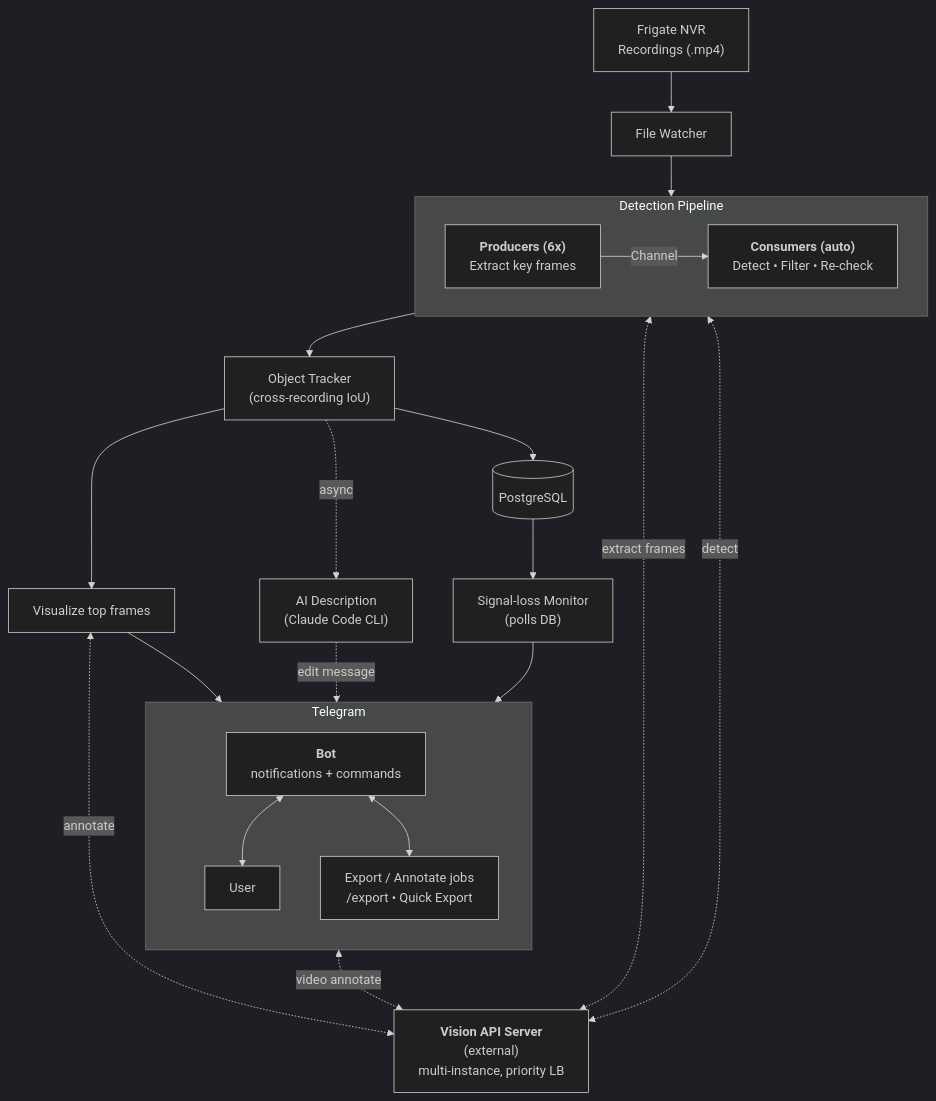
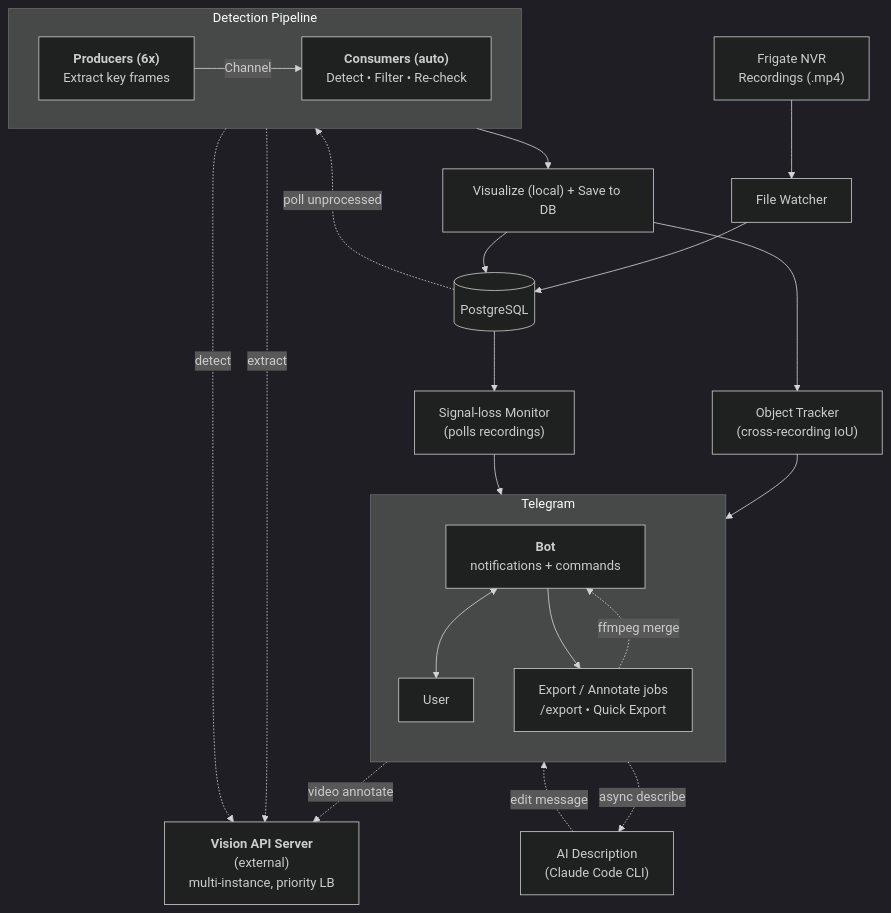
The diagram in docs/superpowers/specs/2026-05-26-howitworks-diagram-refresh-design.md (zinin/frigate-analyzer), drawn with Mermaid (dark theme) before and after one commit. The commit also changed other lines of this file and 3 other files, not shown here.

Commit message:
docs: review iter 1 — decisions + log (howitworks-diagram-refresh)

````diff
--- a/docs/superpowers/specs/2026-05-26-howitworks-diagram-refresh-design.md
+++ b/docs/superpowers/specs/2026-05-26-howitworks-diagram-refresh-design.md
@@ -67,37 +68,40 @@
 ```mermaid
 graph TD
     A["Frigate NVR<br/>Recordings (.mp4)"] --> B["File Watcher"]
-    B --> P
+    B --> DB
+
+    V["<b>Vision API Server</b><br/>(external)<br/>multi-instance, priority LB"]
+
+    DB -. "poll unprocessed" .-> P
 
     subgraph PIPE ["Detection Pipeline"]
         direction LR
         P["<b>Producers (6x)</b><br/>Extract key frames"] -- "Channel" --> Q["<b>Consumers (auto)</b><br/>Detect • Filter • Re-check"]
     end
 
-    P <-. "extract frames" .-> V
-    Q <-. "detect" .-> V
-    V["<b>Vision API Server</b><br/>(external)<br/>multi-instance, priority LB"]
+    P -. "extract" .-> V
+    Q -. "detect" .-> V
 
-    Q --> OT["Object Tracker<br/>(cross-recording IoU)"]
-    OT --> DB[("PostgreSQL")]
-    OT --> VIS["Visualize top frames"]
-    VIS <-. "annotate" .-> V
-    VIS --> BOT
+    Q --> FAC["Visualize (local) + Save to DB"]
+    FAC --> DB[("PostgreSQL")]
+    FAC --> OT["Object Tracker<br/>(cross-recording IoU)"]
+    OT --> BOT
 
-    OT -. "async" .-> AI["AI Description<br/>(Claude Code CLI)"]
+    DB --> SL["Signal-loss Monitor<br/>(polls recordings)"]
+    SL --> BOT
+
+    BOT -. "async describe" .-> AI["AI Description<br/>(Claude Code CLI)"]
     AI -. "edit message" .-> BOT
-
-    DB --> SL["Signal-loss Monitor<br/>(polls DB)"]
-    SL --> BOT
 
     subgraph TG ["Telegram"]
         direction TB
         BOT["<b>Bot</b><br/>notifications + commands"]
         EX["Export / Annotate jobs<br/>/export • Quick Export"]
         U["User"]
         BOT <--> U
-        BOT <--> EX
+        BOT --> EX
     end
 
-    EX <-. "video annotate" .-> V
+    EX -. "ffmpeg merge" .-> BOT
+    EX -. "video annotate" .-> V
 ```
````
